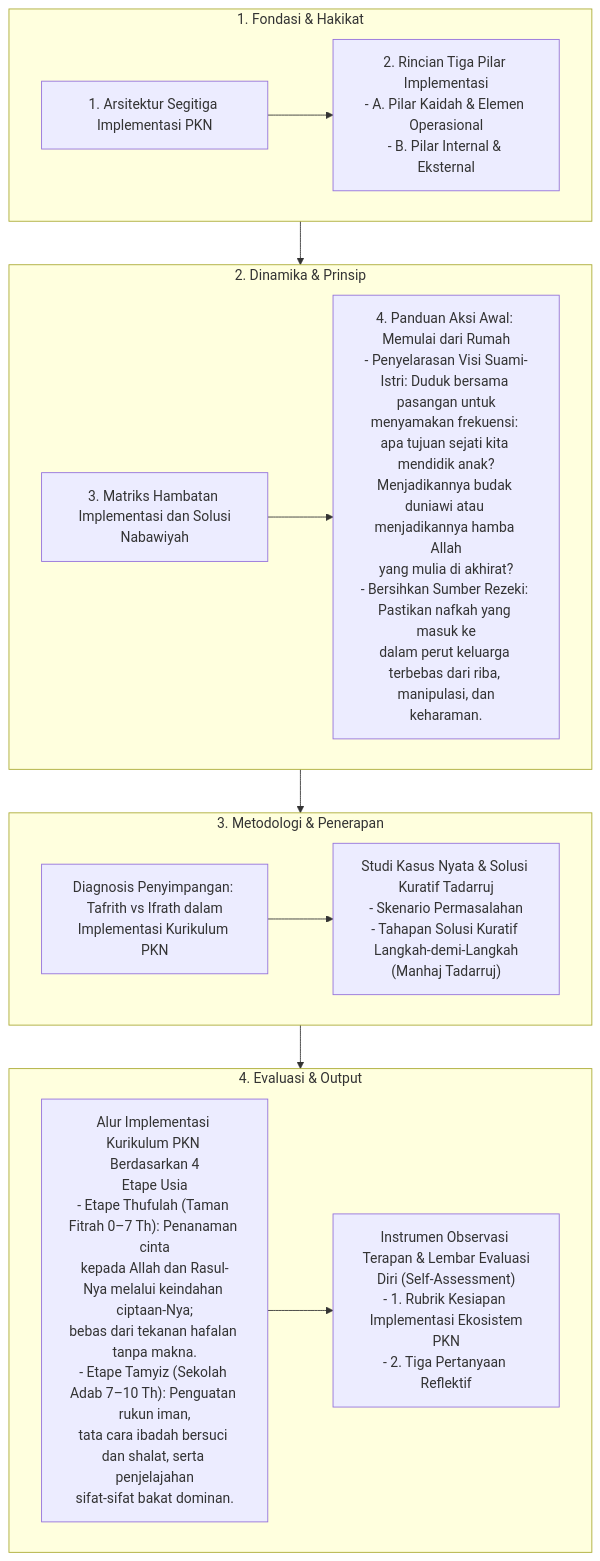
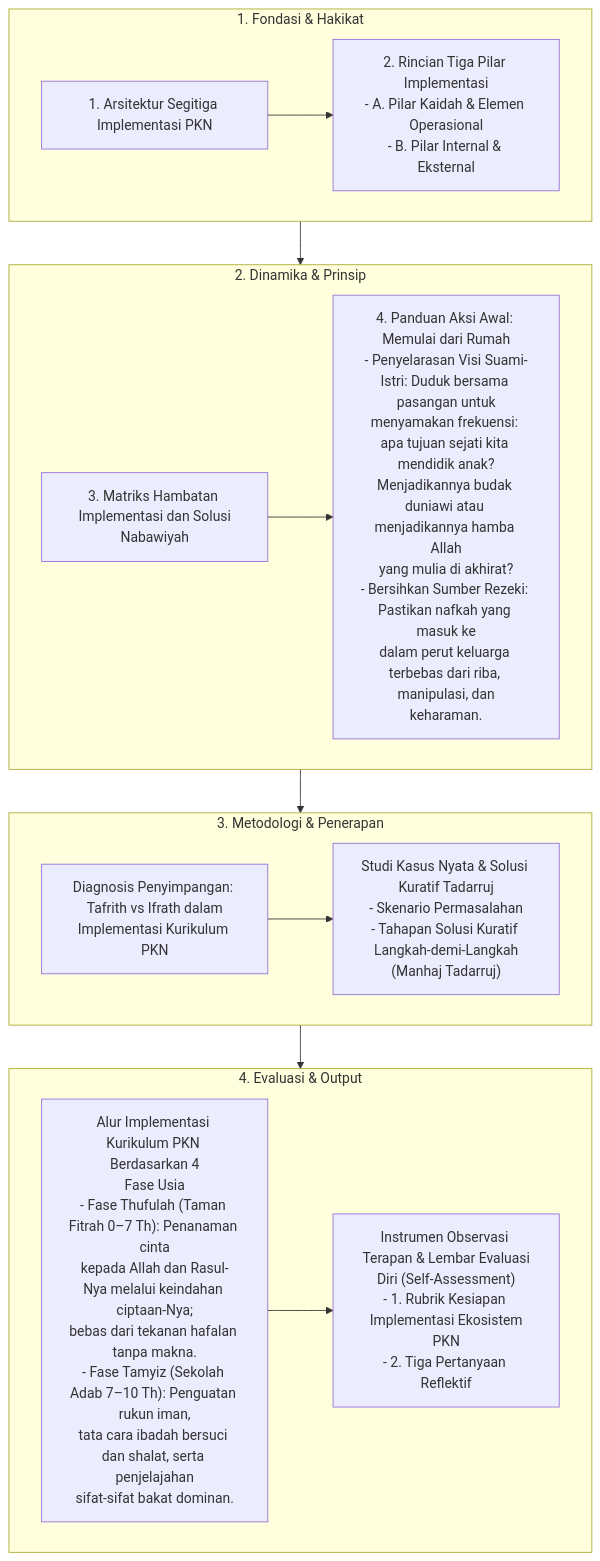
One commit to decaller/wiki-pkn changed the diagram in content_flow/Dokumen Pendidikan Karakter Nabawiyah/Paradigma & Implementasi/Implementasi/index.md. Above: the diagram before and after it, drawn with Mermaid. The commit also changed 410 other files, not shown here.

Commit message:
feat: create master Glosarium and purify terminology across repo (etape -> fase, archetype -> uswah)

````diff
--- a/content_flow/Dokumen Pendidikan Karakter Nabawiyah/Paradigma & Implementasi/Implementasi/index.md
+++ b/content_flow/Dokumen Pendidikan Karakter Nabawiyah/Paradigma & Implementasi/Implementasi/index.md
@@ -10,30 +10,30 @@
 ```mermaid
 flowchart TD
     subgraph S1["1. Fondasi & Hakikat"]
         N1_1["1. Arsitektur Segitiga Implementasi PKN"]
         N1_2["2. Rincian Tiga Pilar Implementasi<br/>- A. Pilar Kaidah & Elemen Operasional<br/>- B. Pilar Internal & Eksternal"]
         N1_1 --> N1_2
     end
 
     subgraph S2["2. Dinamika & Prinsip"]
         N2_1["3. Matriks Hambatan Implementasi dan Solusi<br/>Nabawiyah"]
         N2_2["4. Panduan Aksi Awal: Memulai dari Rumah<br/>- Penyelarasan Visi Suami-Istri: Duduk bersama pasangan untuk<br/>menyamakan frekuensi: apa tujuan sejati kita mendidik anak?<br/>Menjadikannya budak duniawi atau menjadikannya hamba Allah<br/>yang mulia di akhirat?<br/>- Bersihkan Sumber Rezeki: Pastikan nafkah yang masuk ke<br/>dalam perut keluarga terbebas dari riba, manipulasi, dan<br/>keharaman."]
         N2_1 --> N2_2
     end
 
     subgraph S3["3. Metodologi & Penerapan"]
         N3_1["Diagnosis Penyimpangan: Tafrith vs Ifrath dalam<br/>Implementasi Kurikulum PKN"]
         N3_2["Studi Kasus Nyata & Solusi Kuratif Tadarruj<br/>- Skenario Permasalahan<br/>- Tahapan Solusi Kuratif Langkah-demi-Langkah<br/>(Manhaj Tadarruj)"]
         N3_1 --> N3_2
     end
 
     subgraph S4["4. Evaluasi & Output"]
-        N4_1["Alur Implementasi Kurikulum PKN Berdasarkan 4<br/>Etape Usia<br/>- Etape Thufulah (Taman Fitrah 0–7 Th): Penanaman cinta<br/>kepada Allah dan Rasul-Nya melalui keindahan ciptaan-Nya;<br/>bebas dari tekanan hafalan tanpa makna.<br/>- Etape Tamyiz (Sekolah Adab 7–10 Th): Penguatan rukun iman,<br/>tata cara ibadah bersuci dan shalat, serta penjelajahan<br/>sifat-sifat bakat dominan."]
+        N4_1["Alur Implementasi Kurikulum PKN Berdasarkan 4<br/>Fase Usia<br/>- Fase Thufulah (Taman Fitrah 0–7 Th): Penanaman cinta<br/>kepada Allah dan Rasul-Nya melalui keindahan ciptaan-Nya;<br/>bebas dari tekanan hafalan tanpa makna.<br/>- Fase Tamyiz (Sekolah Adab 7–10 Th): Penguatan rukun iman,<br/>tata cara ibadah bersuci dan shalat, serta penjelajahan<br/>sifat-sifat bakat dominan."]
         N4_2["Instrumen Observasi Terapan & Lembar Evaluasi<br/>Diri (Self-Assessment)<br/>- 1. Rubrik Kesiapan Implementasi Ekosistem<br/>PKN<br/>- 2. Tiga Pertanyaan Reflektif"]
         N4_1 --> N4_2
     end
 
     S1 --> S2
     S2 --> S3
     S3 --> S4
 ```
````
